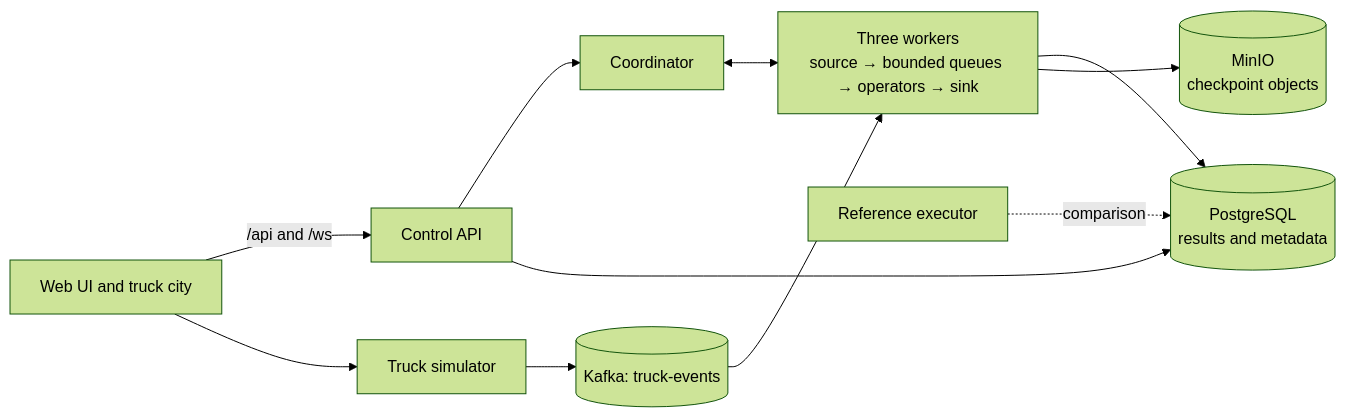
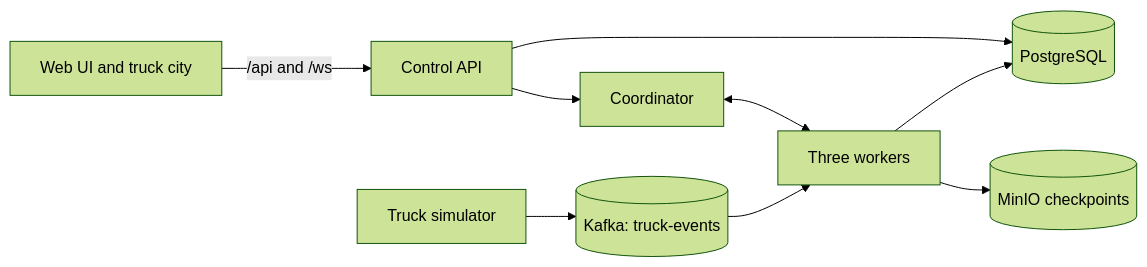
One commit to VivekTiwary-25/AetherStream changed the diagram in README.md. Above: the diagram before and after it, drawn with Mermaid (forest theme). The commit also changed other lines of this file and 1 other file, not shown here.

````diff
--- a/README.md
+++ b/README.md
@@ -35,13 +32,11 @@
 ```mermaid
 flowchart LR
   Trucks[Truck simulator] --> Kafka[(Kafka: truck-events)]
-  Kafka --> Workers[Three workers\nsource → bounded queues → operators → sink]
+  Kafka --> Workers[Three workers]
   Coordinator[Coordinator] <--> Workers
-  Workers --> Postgres[(PostgreSQL\nresults and metadata)]
-  Workers --> MinIO[(MinIO\ncheckpoint objects)]
+  Workers --> Postgres[(PostgreSQL)]
+  Workers --> MinIO[(MinIO checkpoints)]
   API[Control API] --> Coordinator
   API --> Postgres
   Web[Web UI and truck city] -->|/api and /ws| API
-  Web --> Trucks
-  Reference[Reference executor] -. comparison .-> Postgres
 ```
````
